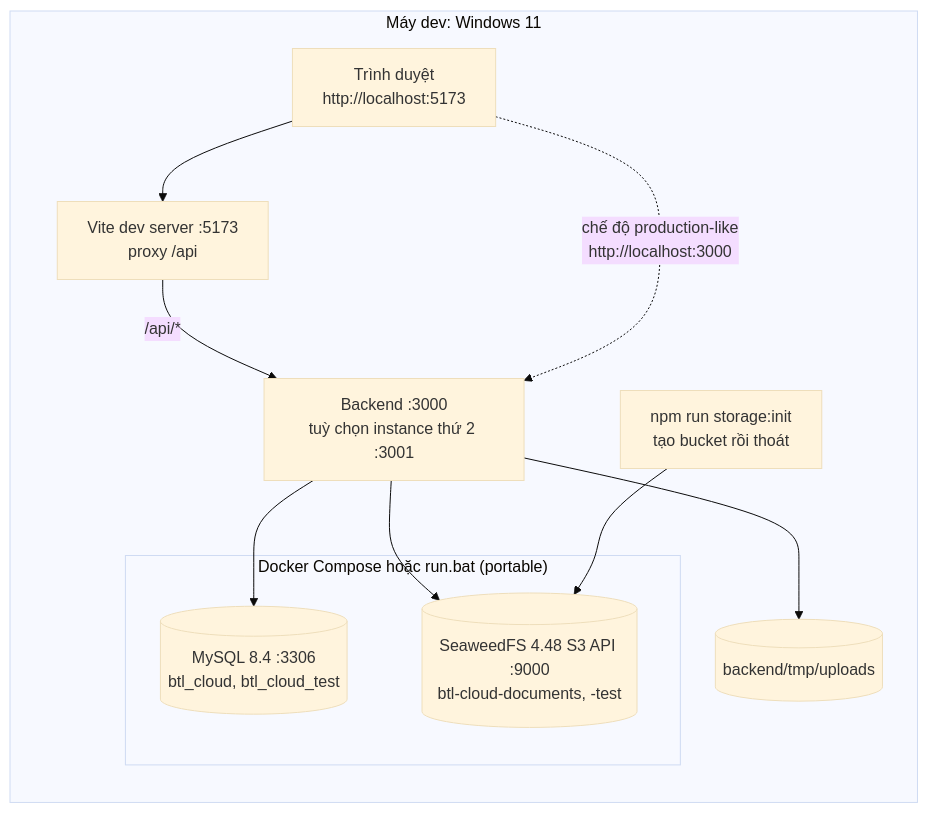
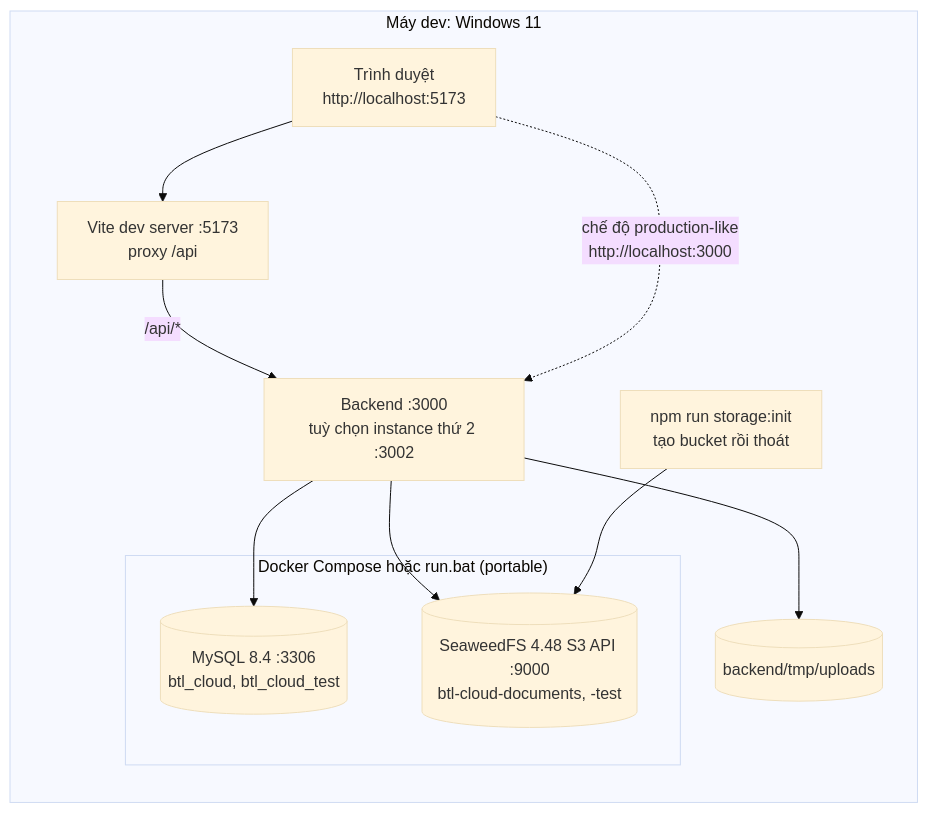
Diagram 15 of 38 in docs/ARCHITECTURE.md (august0362/btl_cloud), drawn with Mermaid (base theme) before and after one commit. The commit also changed other lines of this file and 6 other files, not shown here.

````diff
--- a/docs/ARCHITECTURE.md
+++ b/docs/ARCHITECTURE.md
@@ -651,21 +621,21 @@
 ```mermaid
 flowchart LR
   subgraph devbox["Máy dev: Windows 11"]
     browser["Trình duyệt<br/>http://localhost:5173"]
     vite["Vite dev server :5173<br/>proxy /api"]
-    be["Backend :3000<br/>tuỳ chọn instance thứ 2 :3001"]
+    be["Backend :3000<br/>tuỳ chọn instance thứ 2 :3002"]
     tmp[("backend/tmp/uploads")]
     subgraph compose["Docker Compose hoặc run.bat (portable)"]
       mysql[("MySQL 8.4 :3306<br/>btl_cloud, btl_cloud_test")]
       weed[("SeaweedFS 4.48 S3 API :9000<br/>btl-cloud-documents, -test")]
     end
     init["npm run storage:init<br/>tạo bucket rồi thoát"]
   end
   browser --> vite
   vite -->|"/api/*"| be
   browser -.->|"chế độ production-like<br/>http://localhost:3000"| be
   be --> mysql
   be --> weed
   be --> tmp
   init --> weed
 ```
````
